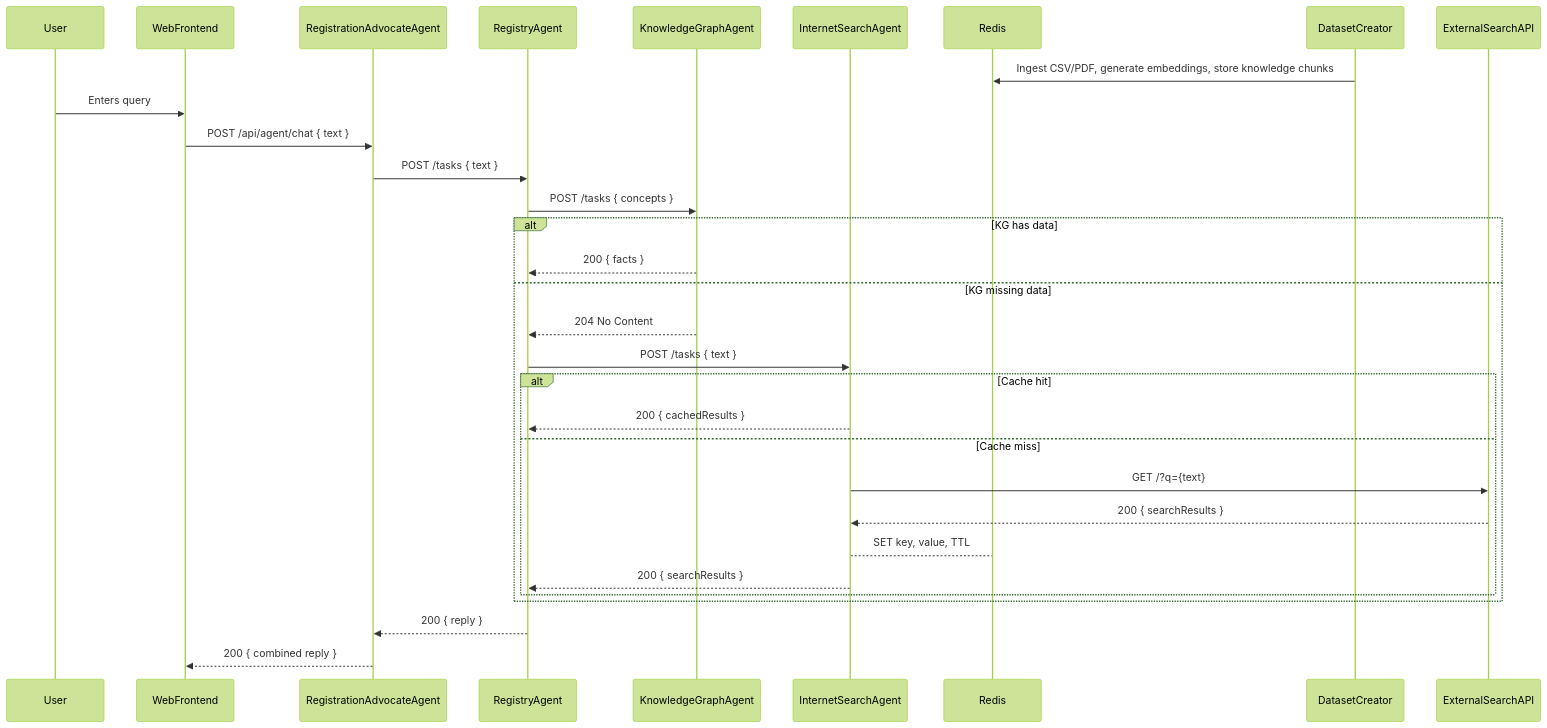
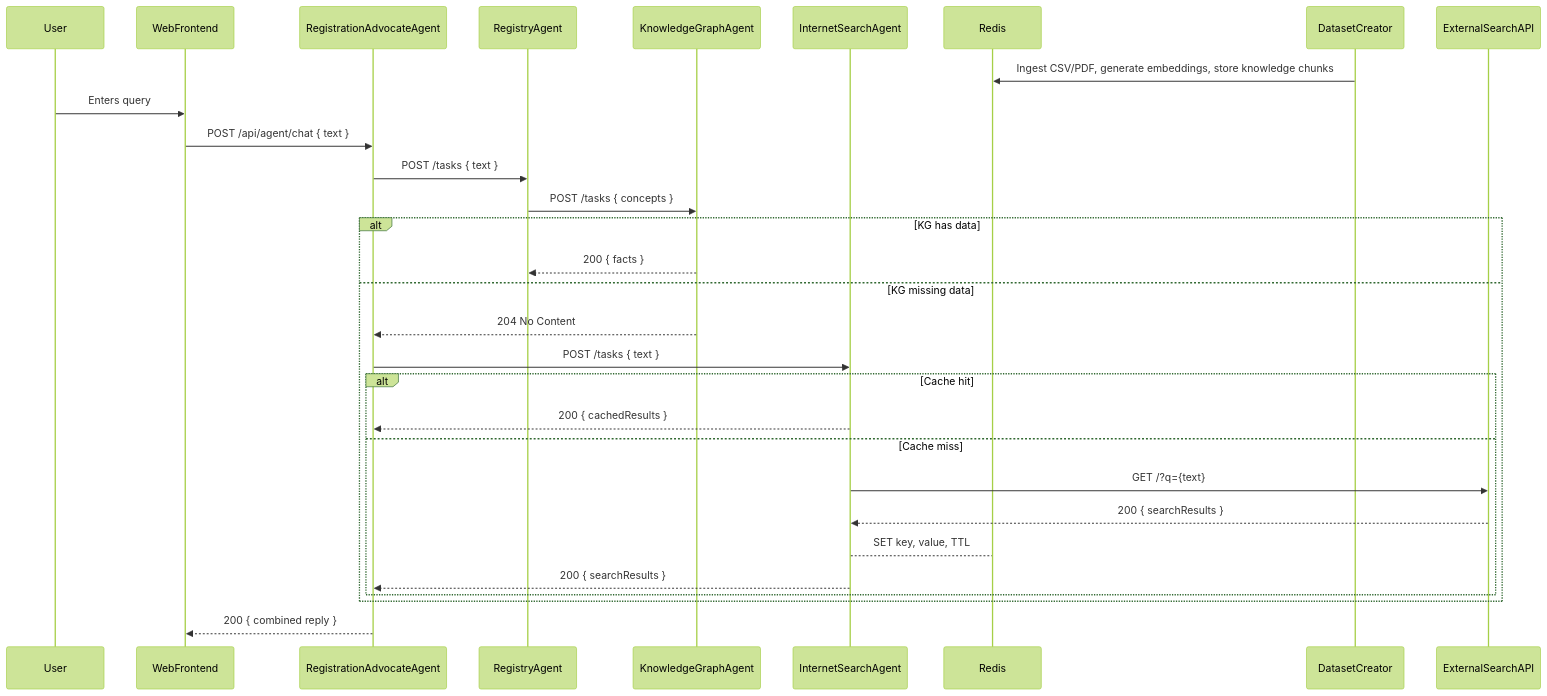
Before and after one commit to Donelle/Agent2Agent: the second of 2 diagrams in Docs/architecture.md, drawn with Mermaid (forest theme). The commit also changed 3 other files, not shown here.

````diff
--- a/Docs/architecture.md
+++ b/Docs/architecture.md
@@ -116,34 +116,33 @@
 ```mermaid
 sequenceDiagram
   participant User
   participant Web as WebFrontend
   participant A as RegistrationAdvocateAgent
   participant B as RegistryAgent
   participant C as KnowledgeGraphAgent
   participant D as InternetSearchAgent
   participant Redis as Redis
   participant DatasetCreator
   participant ExtAPI as ExternalSearchAPI
 
   DatasetCreator->>Redis: Ingest CSV/PDF, generate embeddings, store knowledge chunks
   User->>Web: Enters query
   Web->>A: POST /api/agent/chat { text }
   A->>B: POST /tasks { text }
   B->>C: POST /tasks { concepts }
   alt KG has data
     C-->>B: 200 { facts }
   else KG missing data
-    C-->>B: 204 No Content
-    B->>D: POST /tasks { text }
+    C-->>A: 204 No Content
+    A->>D: POST /tasks { text }
     alt Cache hit
-      D-->>B: 200 { cachedResults }
+      D-->>A: 200 { cachedResults }
     else Cache miss
       D->>ExtAPI: GET /?q={text}
       ExtAPI-->>D: 200 { searchResults }
       D-->Redis: SET key, value, TTL
-      D-->>B: 200 { searchResults }
+      D-->>A: 200 { searchResults }
     end
   end
-  B-->>A: 200 { reply }
   A-->>Web: 200 { combined reply }
 ```
````
